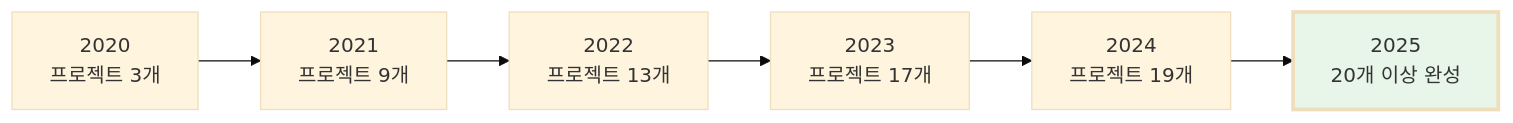
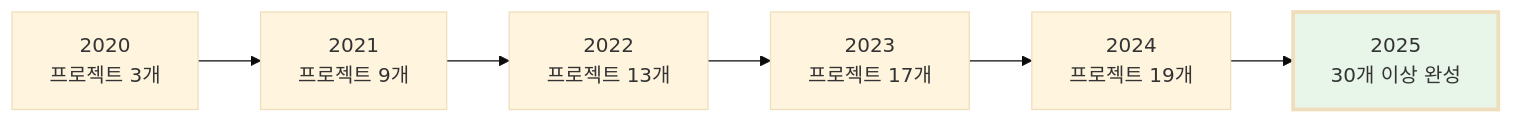
Before and after one commit to moobaek/Testing_AI_agents_for_public_use: the sixth of 6 diagrams in portfolio/portfolio_docs/Executive_Summary/01_Key_Achievements.md, drawn with Mermaid (base theme). The commit also changed other lines of this file and 1 other file, not shown here.

````diff
--- a/portfolio/portfolio_docs/Executive_Summary/01_Key_Achievements.md
+++ b/portfolio/portfolio_docs/Executive_Summary/01_Key_Achievements.md
@@ -324,10 +328,10 @@
 ```mermaid
 graph LR
     Y2020["2020<br/>프로젝트 3개"] --> Y2021["2021<br/>프로젝트 9개"]
     Y2021 --> Y2022["2022<br/>프로젝트 13개"]
     Y2022 --> Y2023["2023<br/>프로젝트 17개"]
     Y2023 --> Y2024["2024<br/>프로젝트 19개"]
-    Y2024 --> Y2025["2025<br/>20개 이상 완성"]
+    Y2024 --> Y2025["2025<br/>30개 이상 완성"]
 
     style Y2025 fill:#e8f5e9,stroke-width:3px
 ```
````
